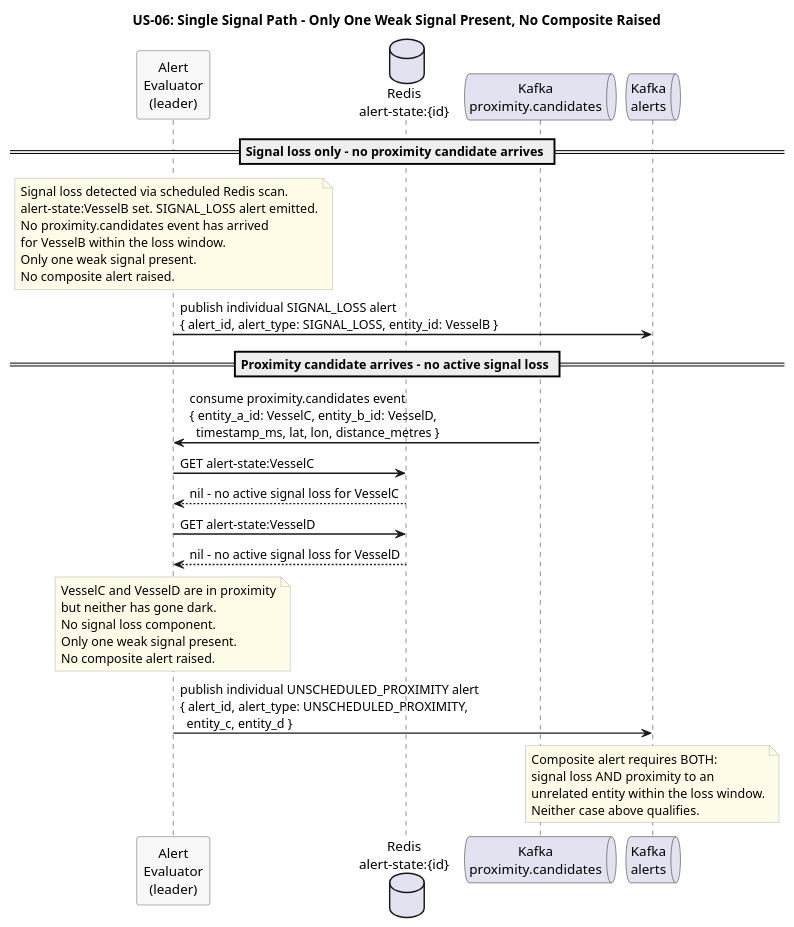
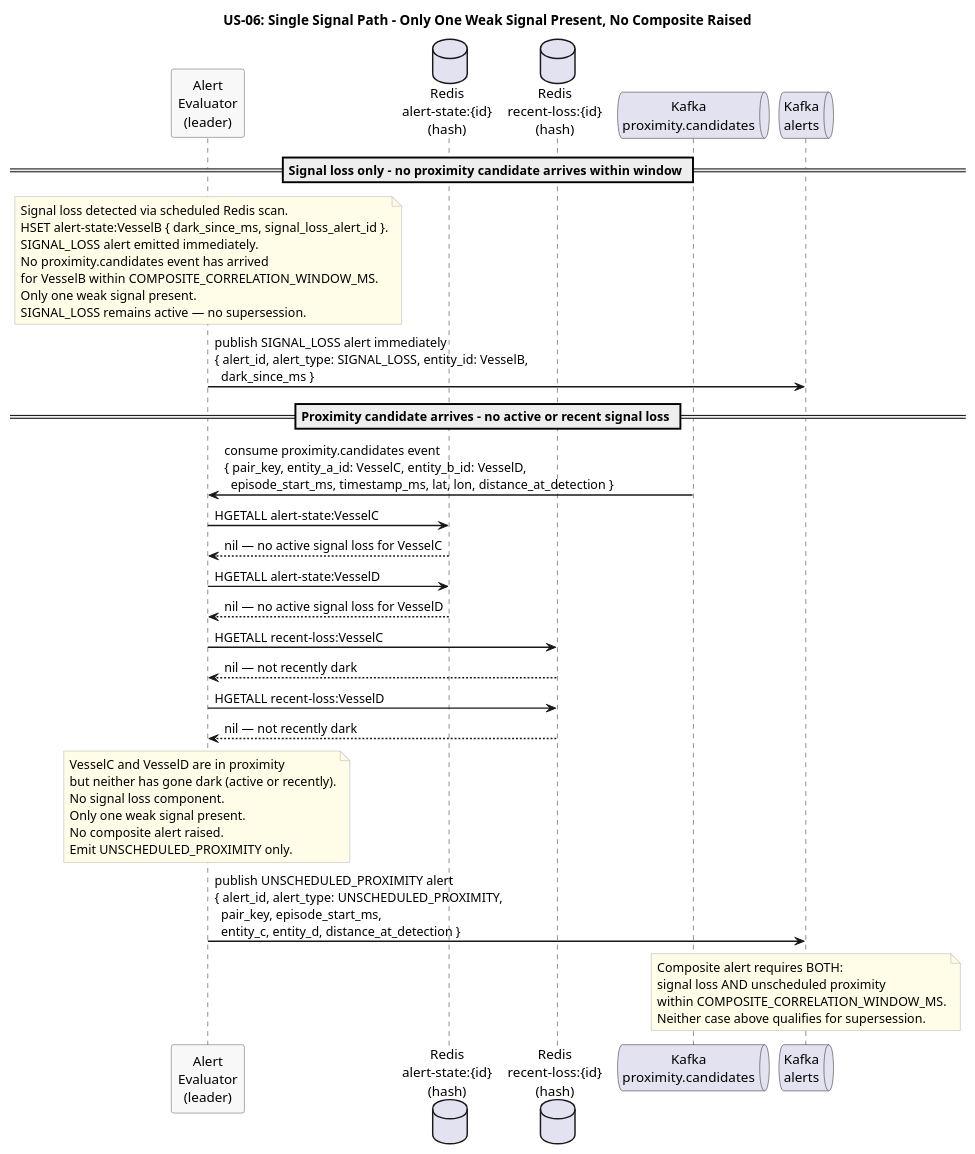
The diagram in docs/use-cases/US-06-composite-alert/single-signal-path.puml (Buffden/sentinel), drawn with PlantUML before and after one commit. The commit also changed 7 other files, not shown here.

First line of the commit message:
alert-evaluator: composite supersession model — SIGNAL_LOSS emitted immediately, proximity supersedes atomically

```diff
--- a/docs/use-cases/US-06-composite-alert/single-signal-path.puml
+++ b/docs/use-cases/US-06-composite-alert/single-signal-path.puml
@@ -1,55 +1,64 @@
 @startuml single-signal-path
 title US-06: Single Signal Path - Only One Weak Signal Present, No Composite Raised
 
 skinparam sequenceArrowThickness 1.5
 skinparam participantBorderColor #555555
 skinparam participantBackgroundColor #F8F8F8
 skinparam noteBorderColor #AAAAAA
 skinparam noteBackgroundColor #FFFDE7
 
 participant "Alert\nEvaluator\n(leader)" as Evaluator
-database "Redis\nalert-state:{id}" as AlertState
+database "Redis\nalert-state:{id}\n(hash)" as AlertState
+database "Redis\nrecent-loss:{id}\n(hash)" as RecentLoss
 queue "Kafka\nproximity.candidates" as ProxKafka
 queue "Kafka\nalerts" as Kafka
 
-== Signal loss only - no proximity candidate arrives ==
+== Signal loss only - no proximity candidate arrives within window ==
 
 note over Evaluator
   Signal loss detected via scheduled Redis scan.
-  alert-state:VesselB set. SIGNAL_LOSS alert emitted.
+  HSET alert-state:VesselB { dark_since_ms, signal_loss_alert_id }.
+  SIGNAL_LOSS alert emitted immediately.
   No proximity.candidates event has arrived
-  for VesselB within the loss window.
+  for VesselB within COMPOSITE_CORRELATION_WINDOW_MS.
   Only one weak signal present.
-  No composite alert raised.
+  SIGNAL_LOSS remains active — no supersession.
 end note
 
-Evaluator -> Kafka : publish individual SIGNAL_LOSS alert\n{ alert_id, alert_type: SIGNAL_LOSS, entity_id: VesselB }
+Evaluator -> Kafka : publish SIGNAL_LOSS alert immediately\n{ alert_id, alert_type: SIGNAL_LOSS, entity_id: VesselB,\n  dark_since_ms }
 
-== Proximity candidate arrives - no active signal loss ==
+== Proximity candidate arrives - no active or recent signal loss ==
 
-ProxKafka -> Evaluator : consume proximity.candidates event\n{ entity_a_id: VesselC, entity_b_id: VesselD,\n  timestamp_ms, lat, lon, distance_metres }
+ProxKafka -> Evaluator : consume proximity.candidates event\n{ pair_key, entity_a_id: VesselC, entity_b_id: VesselD,\n  episode_start_ms, timestamp_ms, lat, lon, distance_at_detection }
 
-Evaluator -> AlertState : GET alert-state:VesselC
-AlertState --> Evaluator : nil - no active signal loss for VesselC
+Evaluator -> AlertState : HGETALL alert-state:VesselC
+AlertState --> Evaluator : nil — no active signal loss for VesselC
 
-Evaluator -> AlertState : GET alert-state:VesselD
-AlertState --> Evaluator : nil - no active signal loss for VesselD
+Evaluator -> AlertState : HGETALL alert-state:VesselD
+AlertState --> Evaluator : nil — no active signal loss for VesselD
+
+Evaluator -> RecentLoss : HGETALL recent-loss:VesselC
+RecentLoss --> Evaluator : nil — not recently dark
+
+Evaluator -> RecentLoss : HGETALL recent-loss:VesselD
+RecentLoss --> Evaluator : nil — not recently dark
 
 note over Evaluator
   VesselC and VesselD are in proximity
-  but neither has gone dark.
+  but neither has gone dark (active or recently).
   No signal loss component.
   Only one weak signal present.
   No composite alert raised.
+  Emit UNSCHEDULED_PROXIMITY only.
 end note
 
-Evaluator -> Kafka : publish individual UNSCHEDULED_PROXIMITY alert\n{ alert_id, alert_type: UNSCHEDULED_PROXIMITY,\n  entity_c, entity_d }
+Evaluator -> Kafka : publish UNSCHEDULED_PROXIMITY alert\n{ alert_id, alert_type: UNSCHEDULED_PROXIMITY,\n  pair_key, episode_start_ms,\n  entity_c, entity_d, distance_at_detection }
 
 note over Kafka
   Composite alert requires BOTH:
-  signal loss AND proximity to an
-  unrelated entity within the loss window.
-  Neither case above qualifies.
+  signal loss AND unscheduled proximity
+  within COMPOSITE_CORRELATION_WINDOW_MS.
+  Neither case above qualifies for supersession.
 end note
 
 @enduml
```
